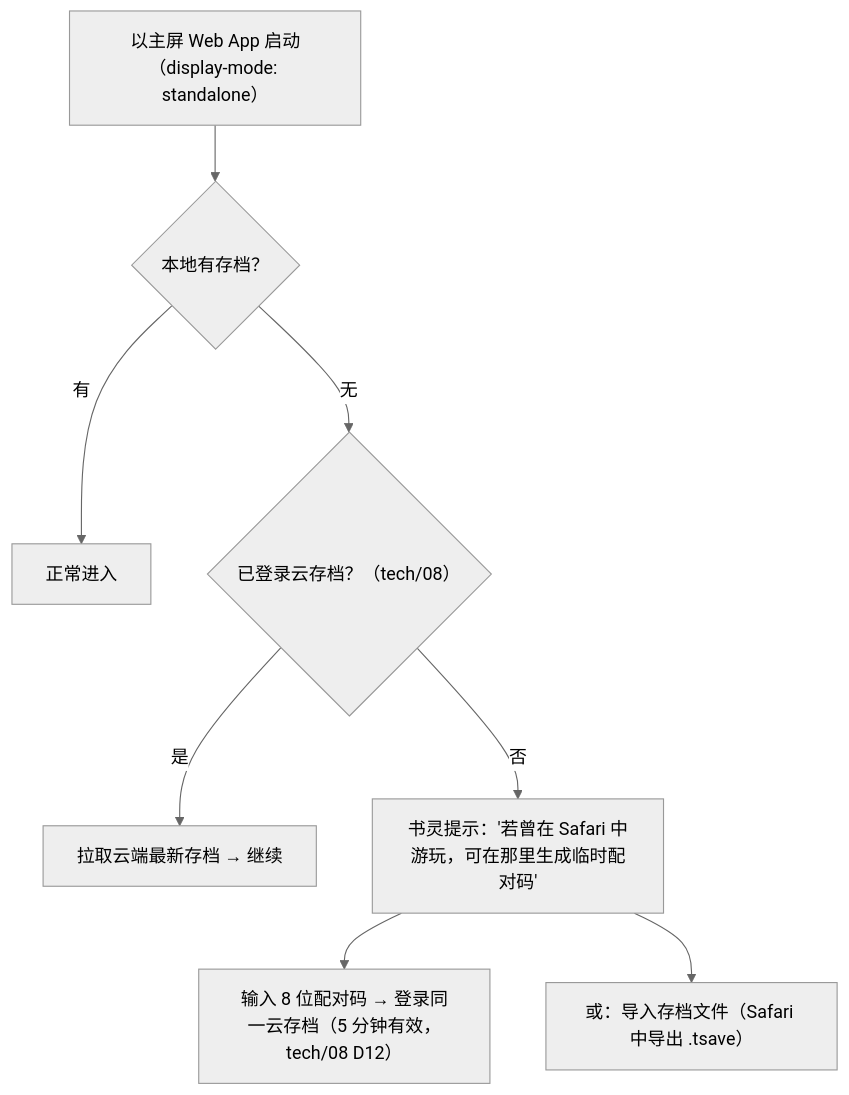
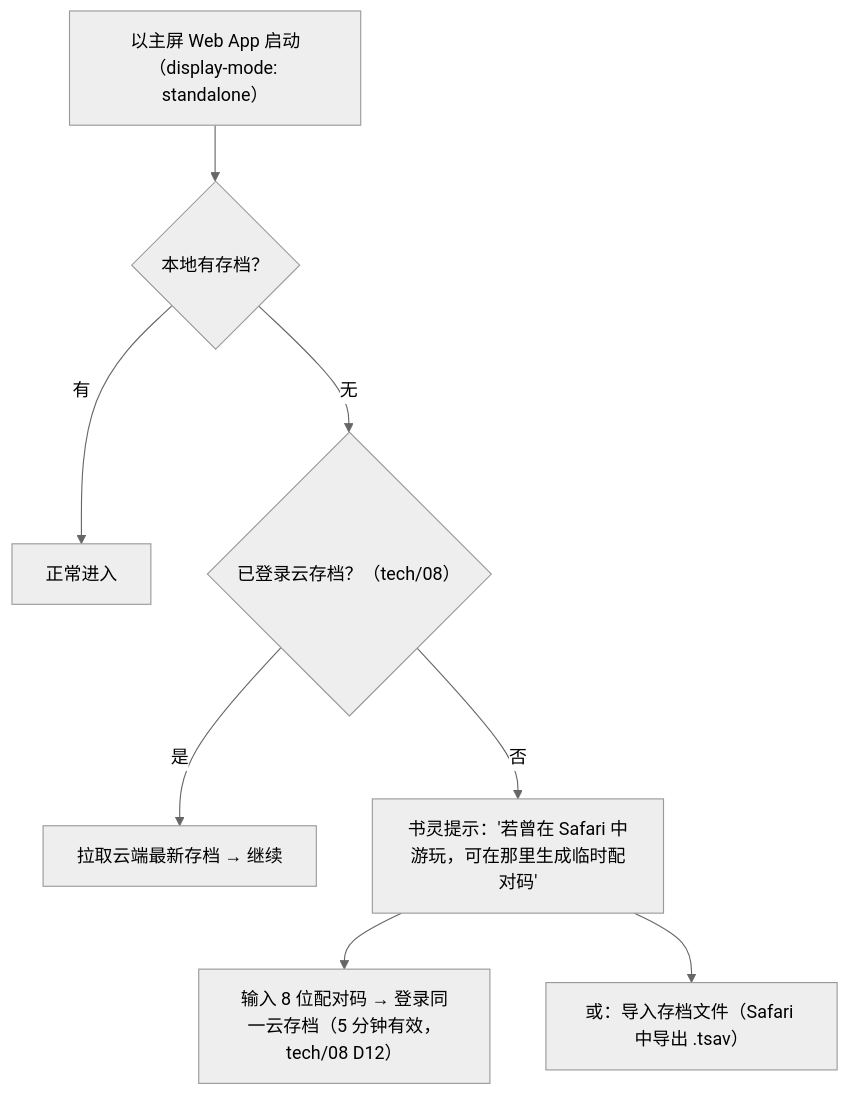
Before and after one commit to radarxc/jinyongqunxia: the first of 2 diagrams in docs/tech/03-mobile-performance.md, drawn with Mermaid (neutral theme). The commit also changed other lines of this file and 8 other files, not shown here.

````diff
--- a/docs/tech/03-mobile-performance.md
+++ b/docs/tech/03-mobile-performance.md
@@ -718,10 +739,10 @@
 ```mermaid
 flowchart TD
   A["以主屏 Web App 启动（display-mode: standalone）"] --> B{"本地有存档？"}
   B -- 有 --> OK["正常进入"]
   B -- 无 --> C{"已登录云存档？（tech/08）"}
   C -- 是 --> D["拉取云端最新存档 → 继续"]
   C -- 否 --> E["书灵提示：'若曾在 Safari 中游玩，可在那里生成临时配对码'"]
   E --> F["输入 8 位配对码 → 登录同一云存档（5 分钟有效，tech/08 D12）"]
-  E --> G["或：导入存档文件（Safari 中导出 .tsave）"]
+  E --> G["或：导入存档文件（Safari 中导出 .tsav）"]
 ```
````
